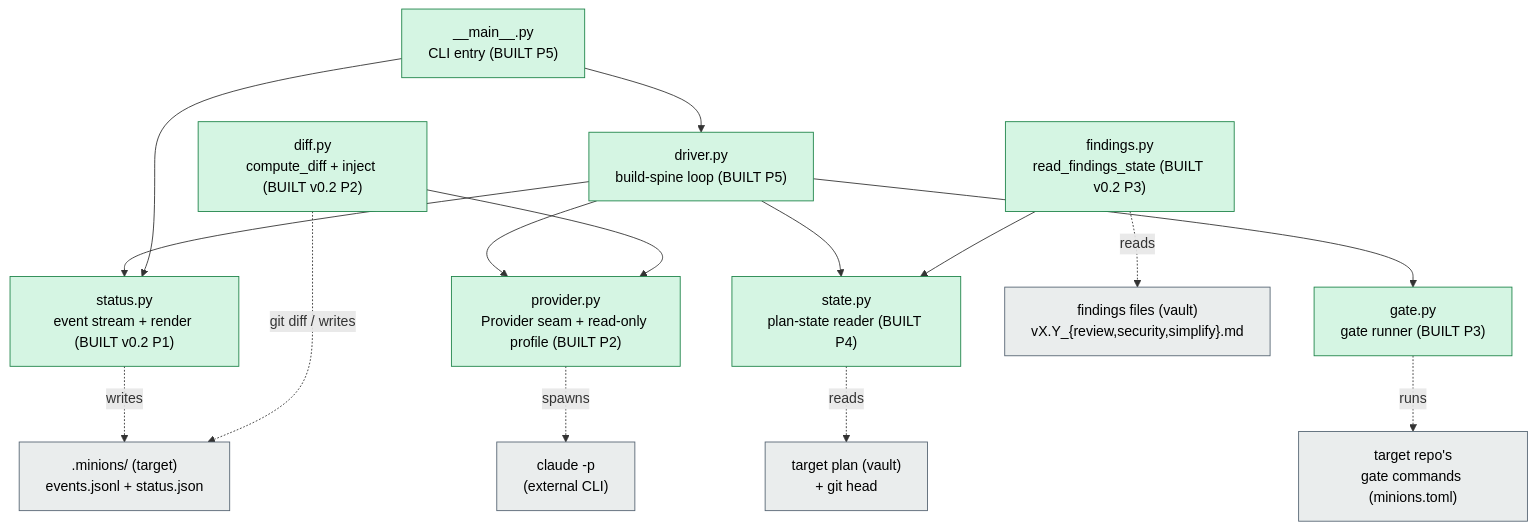
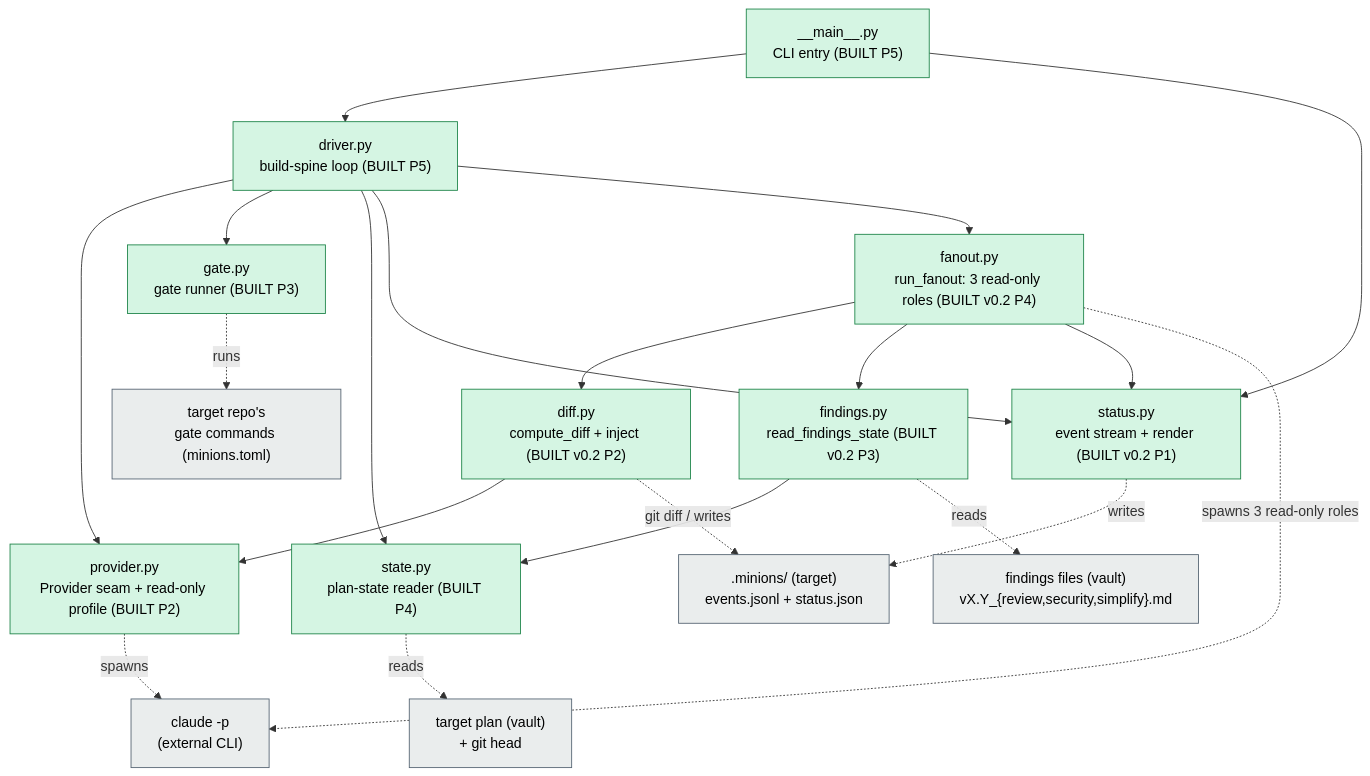
Before and after one commit to alxb1t/minionsfactory: the diagram in docs/architecture.md, drawn with Mermaid. The commit also changed other lines of this file and 10 other files, not shown here.

````diff
--- a/docs/architecture.md
+++ b/docs/architecture.md
@@ -57,31 +58,37 @@
 ```mermaid
 graph TD
     main["__main__.py<br/>CLI entry (BUILT P5)"]:::built
     driver["driver.py<br/>build-spine loop (BUILT P5)"]:::built
     state["state.py<br/>plan-state reader (BUILT P4)"]:::built
     gate["gate.py<br/>gate runner (BUILT P3)"]:::built
     provider["provider.py<br/>Provider seam + read-only profile (BUILT P2)"]:::built
     status["status.py<br/>event stream + render (BUILT v0.2 P1)"]:::built
     diff["diff.py<br/>compute_diff + inject (BUILT v0.2 P2)"]:::built
     findings["findings.py<br/>read_findings_state (BUILT v0.2 P3)"]:::built
+    fanout["fanout.py<br/>run_fanout: 3 read-only roles (BUILT v0.2 P4)"]:::built
 
     main --> driver
     driver --> provider
     driver --> gate
     driver --> state
     driver --> status
+    driver --> fanout
     main --> status
     diff --> provider
     findings --> state
+    fanout --> diff
+    fanout --> findings
+    fanout --> status
 
     provider -. spawns .-> claude["claude -p<br/>(external CLI)"]:::external
     gate -. runs .-> targetgate["target repo's<br/>gate commands (minions.toml)"]:::external
     state -. reads .-> disk["target plan (vault)<br/>+ git head"]:::external
     status -. writes .-> minions[".minions/ (target)<br/>events.jsonl + status.json"]:::external
     diff -. git diff / writes .-> minions
     findings -. reads .-> ff["findings files (vault)<br/>vX.Y_{review,security,simplify}.md"]:::external
+    fanout -. spawns 3 read-only roles .-> claude
 
     classDef built fill:#d5f5e3,stroke:#1e8449,color:#000;
     classDef planned fill:#fdebd0,stroke:#b9770e,color:#000,stroke-dasharray: 4 3;
     classDef external fill:#eaeded,stroke:#566573,color:#000;
 ```
````
